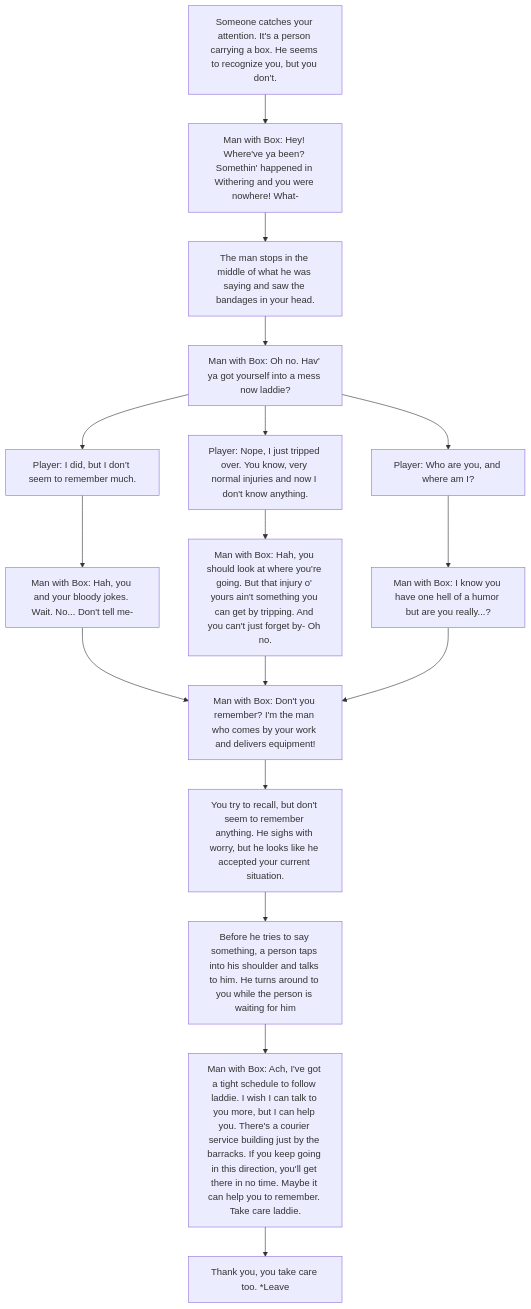
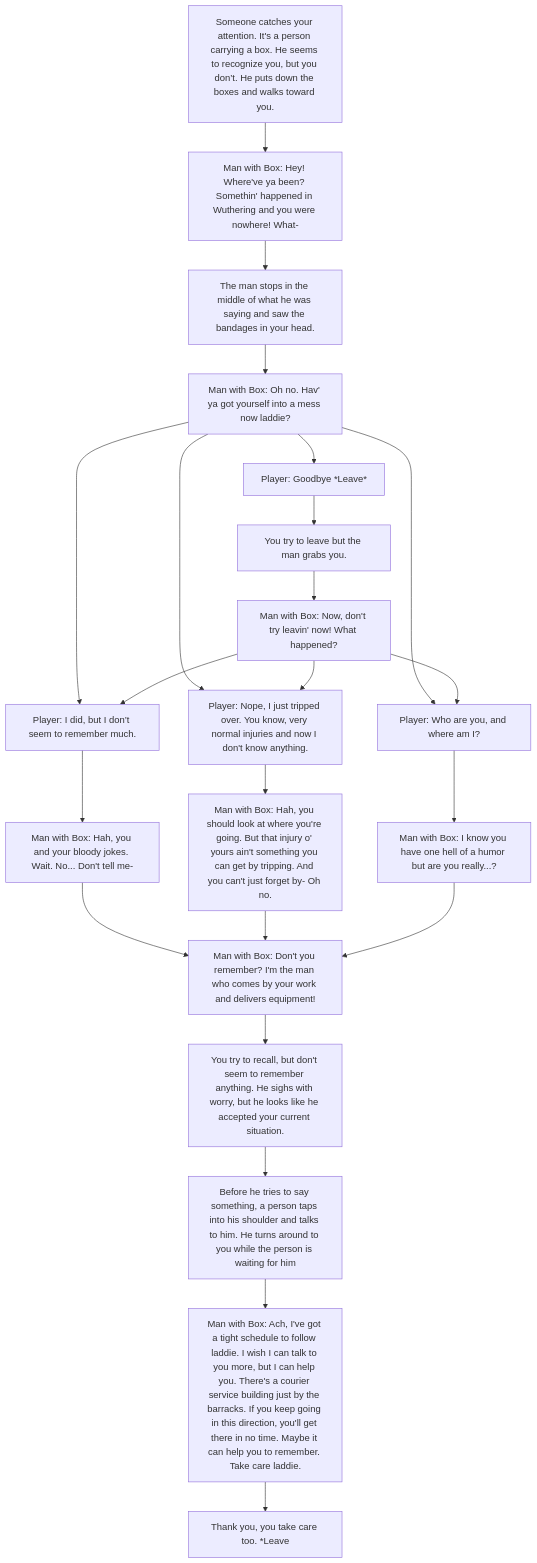
Before and after one commit to pacalso-jjc/2425-2nd-cc3-1e-rpg: the third of 25 diagrams in wiki/Quest.md, drawn with Mermaid. The commit also changed other lines of this file, not shown here.

````diff
--- a/wiki/Quest.md
+++ b/wiki/Quest.md
@@ -105,23 +130,28 @@
 ```mermaid
 flowchart TD
-  A[Someone catches your attention. It's a person carrying a box. He seems to recognize you, but you don’t.]
-  A --> B[Man with Box: Hey! Where've ya been? Somethin' happened in Withering and you were nowhere! What-]
+  A[Someone catches your attention. It's a person carrying a box. He seems to recognize you, but you don’t. He puts down the boxes and walks toward you.]
+  A --> B[Man with Box: Hey! Where've ya been? Somethin' happened in Wuthering and you were nowhere! What-]
   B --> C[The man stops in the middle of what he was saying and saw the bandages in your head.]
   C --> D[Man with Box: Oh no. Hav' ya got yourself into a mess now laddie?]
 
   D --> E[Player: I did, but I don’t seem to remember much.]
   D --> F[Player: Nope, I just tripped over. You know, very normal injuries and now I don't know anything.]
   D --> G[Player: Who are you, and where am I?]
+  D --> P[Player: Goodbye *Leave*]
+
+  P --> Q[You try to leave but the man grabs you.]
+  Q --> R[Man with Box: Now, don't try leavin' now! What happened?]
+  R --> E & F & G
 
   E --> H[Man with Box: Hah, you and your bloody jokes. Wait. No... Don't tell me-]
   F --> I[Man with Box: Hah, you should look at where you're going. But that injury o' yours ain't something you can get by tripping. And you can't just forget by- Oh no.]
   G --> J[Man with Box: I know you have one hell of a humor but are you really...?]
 
   H & I & J --> K[Man with Box: Don't you remember? I'm the man who comes by your work and delivers equipment!]
   K --> L[You try to recall, but don't seem to remember anything. He sighs with worry, but he looks like he accepted your current situation.]
   L --> M[Before he tries to say something, a person taps into his shoulder and talks to him. He turns around to you while the person is waiting for him]
   M --> N[Man with Box: Ach, I've got a tight schedule to follow laddie. I wish I can talk to you more, but I can help you. There's a courier service building just by the barracks. If you keep going in this direction, you'll get there in no time. Maybe it can help you to remember. Take care laddie.]
 
   N --> O[Thank you, you take care too. *Leave]
 
 ```
````
